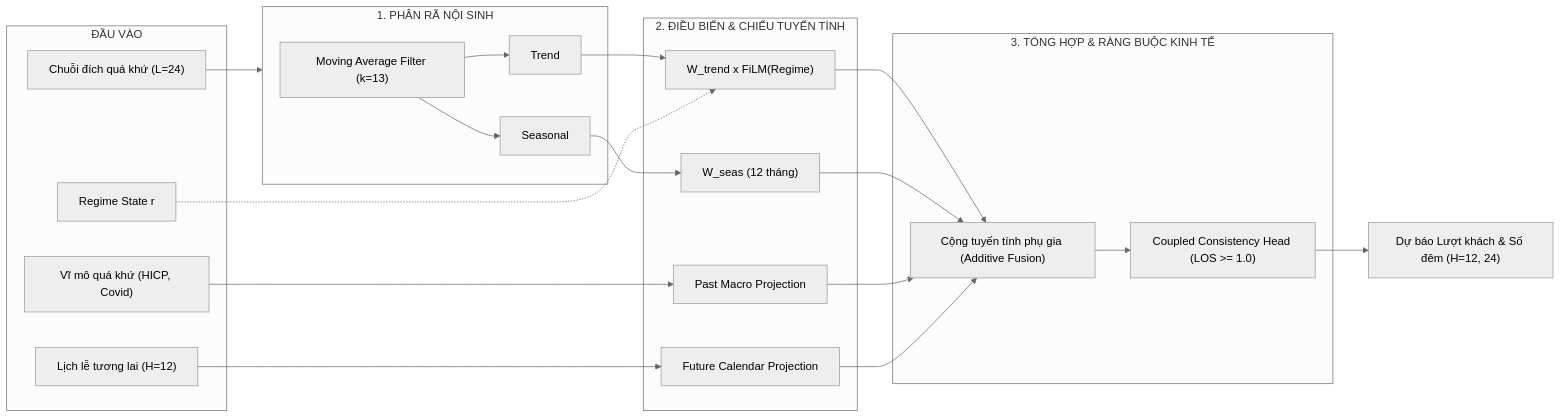
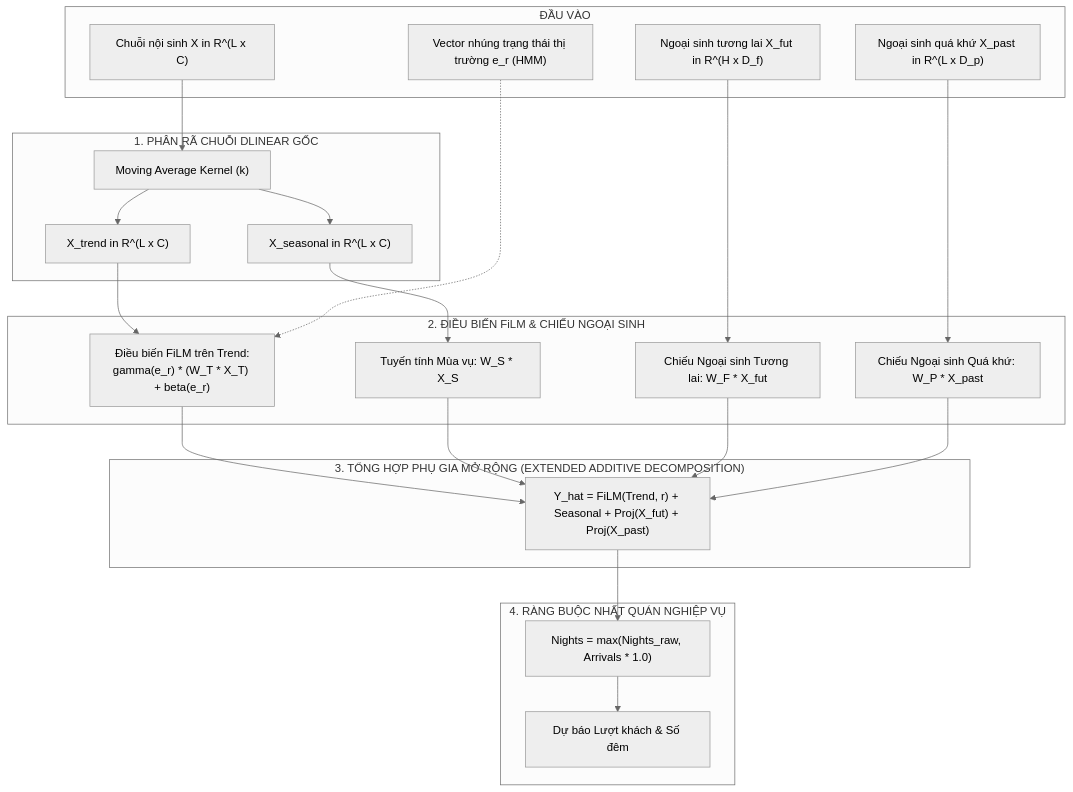
One commit to tuantn1807/RegiTour changed the diagram in docs/03_architecture/RA_EXO_DLINEAR_SPEC.md. Above: the diagram before and after it, drawn with Mermaid (neutral theme). The commit also changed other lines of this file and 15 other files, not shown here.

````diff
--- a/docs/03_architecture/RA_EXO_DLINEAR_SPEC.md
+++ b/docs/03_architecture/RA_EXO_DLINEAR_SPEC.md
@@ -14,43 +30,46 @@
 ```mermaid
-flowchart LR
+flowchart TD
     subgraph Inputs ["ĐẦU VÀO"]
-        Y["Chuỗi đích quá khứ (L=24)"]
-        X_past["Vĩ mô quá khứ (HICP, Covid)"]
-        X_fut["Lịch lễ tương lai (H=12)"]
-        R["Regime State r"]
+        X["Chuỗi nội sinh X in R^(L x C)"]
+        X_f["Ngoại sinh tương lai X_fut in R^(H x D_f)"]
+        X_p["Ngoại sinh quá khứ X_past in R^(L x D_p)"]
+        e_r["Vector nhúng trạng thái thị trường e_r (HMM)"]
     end
 
-    subgraph Decomp ["1. PHÂN RÃ NỘI SINH"]
-        MA["Moving Average Filter (k=13)"]
-        Trend["Trend"]
-        Seas["Seasonal"]
-        MA --> Trend
-        MA --> Seas
+    subgraph Decomp ["1. PHÂN RÃ CHUỖI DLINEAR GỐC"]
+        MA["Moving Average Kernel (k)"]
+        X --> MA
+        X_T["X_trend in R^(L x C)"]
+        X_S["X_seasonal in R^(L x C)"]
+        MA --> X_T
+        MA --> X_S
     end
 
-    subgraph Linear_Core ["2. ĐIỀU BIẾN & CHIẾU TUYẾN TÍNH"]
-        W_T["W_trend x FiLM(Regime)"]
-        W_S["W_seas (12 tháng)"]
-        W_P["Past Macro Projection"]
-        W_F["Future Calendar Projection"]
+    subgraph Extensions ["2. ĐIỀU BIẾN FiLM & CHIẾU NGOẠI SINH"]
+        W_S["Tuyến tính Mùa vụ: W_S * X_S"]
+        FiLM["Điều biến FiLM trên Trend:<br/>gamma(e_r) * (W_T * X_T) + beta(e_r)"]
+        W_F["Chiếu Ngoại sinh Tương lai: W_F * X_fut"]
+        W_P["Chiếu Ngoại sinh Quá khứ: W_P * X_past"]
         
-        Trend --> W_T
-        Seas --> W_S
-        X_past --> W_P
-        X_fut --> W_F
-        R -.-> W_T
+        X_S --> W_S
+        X_T --> FiLM
+        e_r -.-> FiLM
+        X_f --> W_F
+        X_p --> W_P
     end
 
-    subgraph Fusion_Head ["3. TỔNG HỢP & RÀNG BUỘC KINH TẾ"]
-        ADD["Cộng tuyến tính phụ gia (Additive Fusion)"]
-        HEAD["Coupled Consistency Head (LOS >= 1.0)"]
-        W_T --> ADD
-        W_S --> ADD
-        W_P --> ADD
-        W_F --> ADD
-        ADD --> HEAD
+    subgraph Additive_Fusion ["3. TỔNG HỢP PHỤ GIA MỞ RỘNG (EXTENDED ADDITIVE DECOMPOSITION)"]
+        SUM["Y_hat = FiLM(Trend, r) + Seasonal + Proj(X_fut) + Proj(X_past)"]
+        FiLM --> SUM
+        W_S --> SUM
+        W_F --> SUM
+        W_P --> SUM
     end
 
-    Y --> Decomp
-    HEAD --> Output["Dự báo Lượt khách & Số đêm (H=12, 24)"]
+    subgraph Consistency ["4. RÀNG BUỘC NHẤT QUÁN NGHIỆP VỤ"]
+        CONS["Nights = max(Nights_raw, Arrivals * 1.0)"]
+        SUM --> CONS
+        OUT["Dự báo Lượt khách & Số đêm"]
+        CONS --> OUT
+    end
 ```
````
